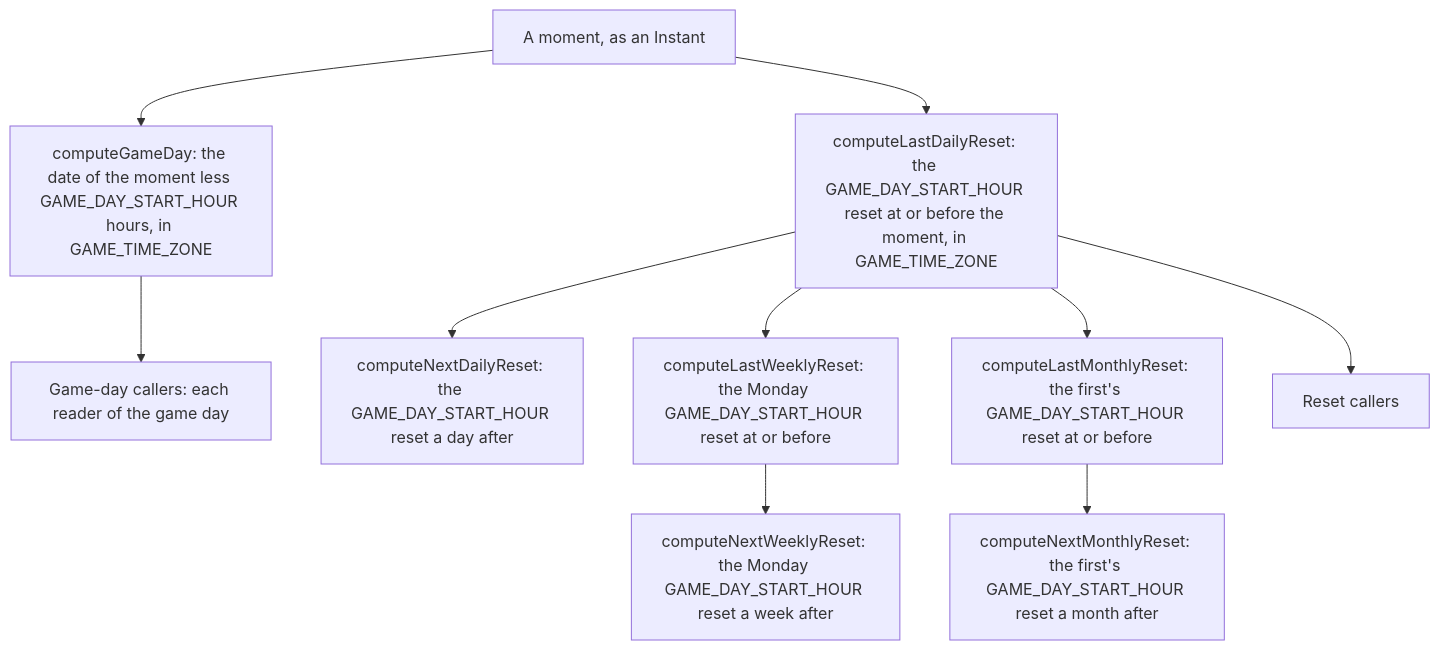
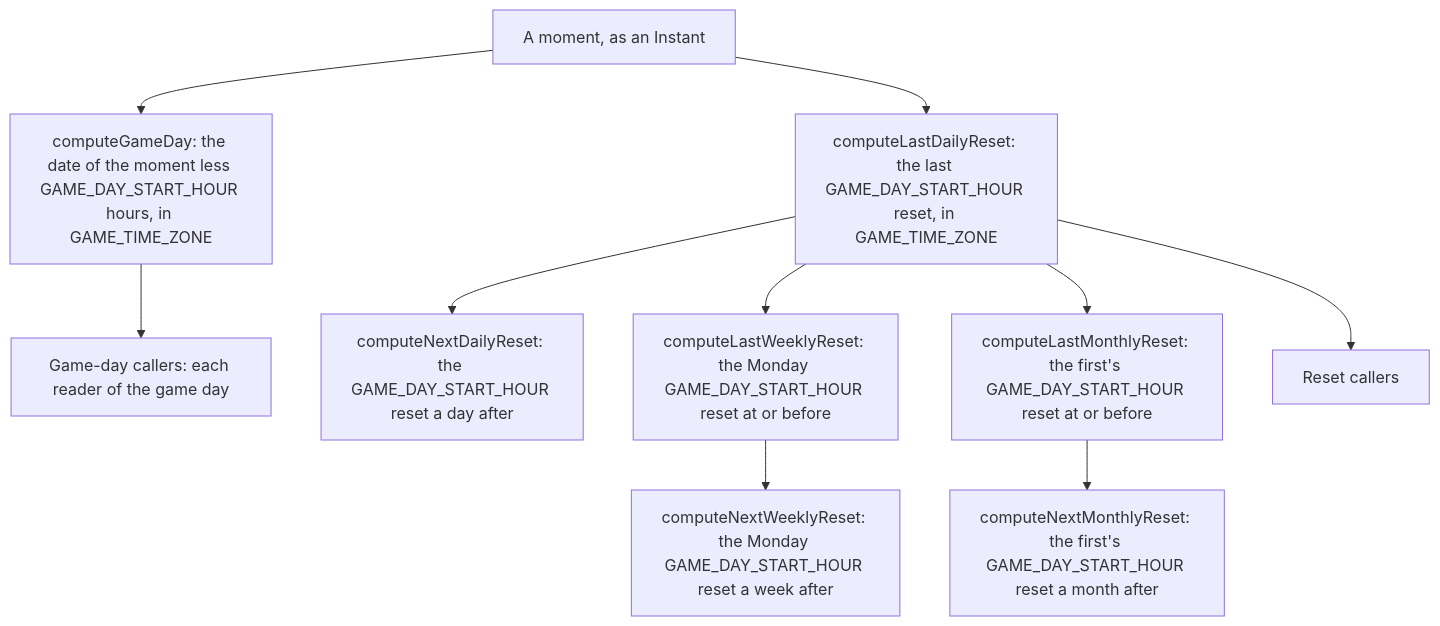
One commit to Esposter/Esposter changed the diagram in openspec/specs/genshin/reset-clock/design.md. Above: the diagram before and after it, drawn with Mermaid. The commit also changed 4 other files, not shown here.

First line of the commit message:
fix(ci): a suite's constants sit in its describe and four diagram labels fit a name and one qualifier

````diff
--- a/openspec/specs/genshin/reset-clock/design.md
+++ b/openspec/specs/genshin/reset-clock/design.md
@@ -7,12 +7,12 @@
 ```mermaid
 flowchart TD
   T["A moment, as an Instant"] --> GD["computeGameDay: the date of the moment less GAME_DAY_START_HOUR hours, in GAME_TIME_ZONE"]
-  T --> LD["computeLastDailyReset: the GAME_DAY_START_HOUR reset at or before the moment, in GAME_TIME_ZONE"]
+  T --> LD["computeLastDailyReset: the last GAME_DAY_START_HOUR reset, in GAME_TIME_ZONE"]
   LD --> ND["computeNextDailyReset: the GAME_DAY_START_HOUR reset a day after"]
   LD --> LW["computeLastWeeklyReset: the Monday GAME_DAY_START_HOUR reset at or before"]
   LW --> NW["computeNextWeeklyReset: the Monday GAME_DAY_START_HOUR reset a week after"]
   LD --> LM["computeLastMonthlyReset: the first's GAME_DAY_START_HOUR reset at or before"]
   LM --> NM["computeNextMonthlyReset: the first's GAME_DAY_START_HOUR reset a month after"]
   GD --> G["Game-day callers: each reader of the game day"]
   LD --> D["Reset callers"]
 ```
````
